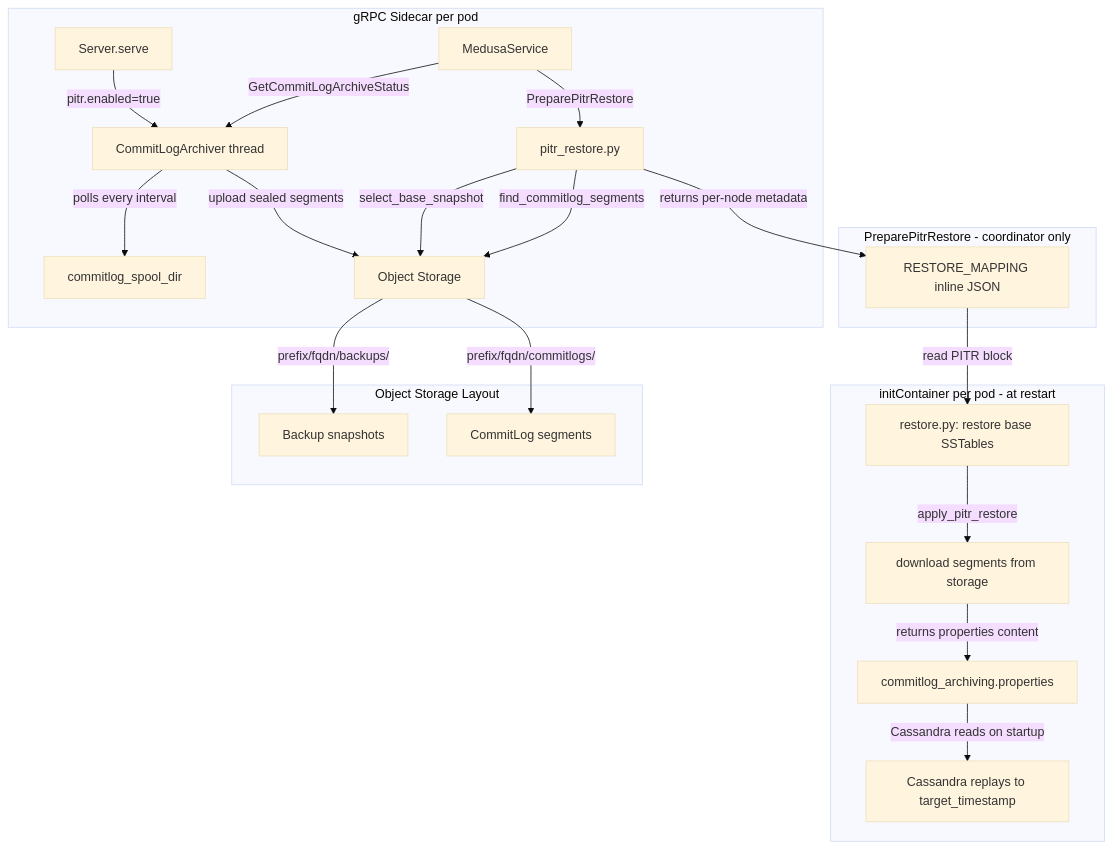
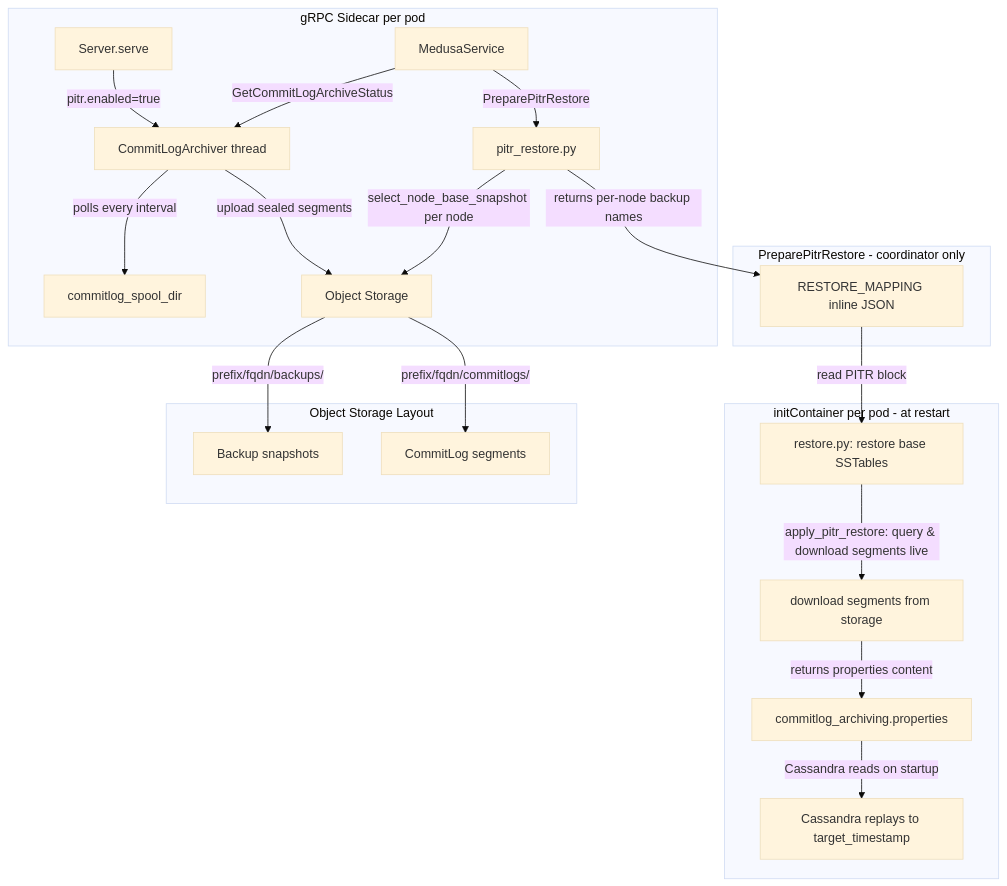
The first of 2 diagrams in docs/superpowers/specs/pitr-design-doc.md (thelastpickle/cassandra-medusa), drawn with Mermaid (base theme) before and after one commit. The commit also changed other lines of this file and 1 other file, not shown here.

Commit message:
docs: resolve A1 - add backup_name param to restore_backup() in §4.8

````diff
--- a/docs/superpowers/specs/pitr-design-doc.md
+++ b/docs/superpowers/specs/pitr-design-doc.md
@@ -98,28 +99,27 @@
 ```mermaid
 graph TD
     subgraph gRPC Sidecar per pod
         S[Server.serve] -->|pitr.enabled=true| A[CommitLogArchiver thread]
         A -->|polls every interval| CL[commitlog_spool_dir]
         A -->|upload sealed segments| OS[Object Storage]
         SVC[MedusaService] -->|GetCommitLogArchiveStatus| A
         SVC -->|PreparePitrRestore| PITR[pitr_restore.py]
     end
 
     subgraph PreparePitrRestore - coordinator only
-        PITR -->|select_base_snapshot| OS
-        PITR -->|find_commitlog_segments| OS
-        PITR -->|returns per-node metadata| RM[RESTORE_MAPPING inline JSON]
+        PITR -->|select_node_base_snapshot per node| OS
+        PITR -->|returns per-node backup names| RM[RESTORE_MAPPING inline JSON]
     end
 
     subgraph initContainer per pod - at restart
         RM -->|read PITR block| RC[restore.py: restore base SSTables]
-        RC -->|apply_pitr_restore| DL[download segments from storage]
+        RC -->|apply_pitr_restore: query & download segments live| DL[download segments from storage]
         DL -->|returns properties content| PROPS[commitlog_archiving.properties]
         PROPS -->|Cassandra reads on startup| CS[Cassandra replays to target_timestamp]
     end
 
     subgraph Object Storage Layout
         OS --> |prefix/fqdn/backups/| BK[Backup snapshots]
         OS --> |prefix/fqdn/commitlogs/| CLS[CommitLog segments]
     end
 ```
````
